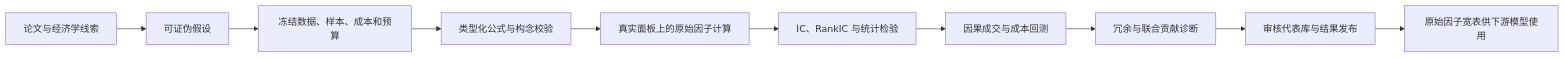
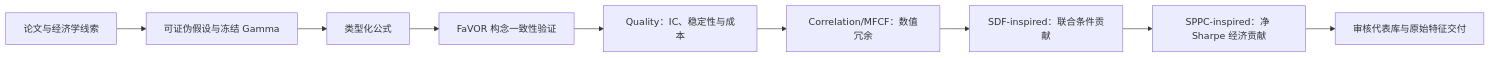
The diagram in README.md (ValerianHuan62/factor_miner), drawn with Mermaid before and after one commit. The commit also changed other lines of this file and 3 other files, not shown here.

````diff
--- a/README.md
+++ b/README.md
@@ -18,12 +19,11 @@
 ```mermaid
 flowchart LR
-    A[论文与经济学线索] --> B[可证伪假设]
-    B --> C[冻结数据、样本、成本和预算]
-    C --> D[类型化公式与构念校验]
-    D --> E[真实面板上的原始因子计算]
-    E --> F[IC、RankIC 与统计检验]
-    F --> G[因果成交与成本回测]
-    G --> H[冗余与联合贡献诊断]
-    H --> I[审核代表库与结果发布]
-    I --> J[原始因子宽表供下游模型使用]
+    A[论文与经济学线索] --> B[可证伪假设与冻结 Gamma]
+    B --> C[类型化公式]
+    C --> D[FaVOR 构念一致性验证]
+    D --> E[Quality：IC、稳定性与成本]
+    E --> F[Correlation/MFCF：数值冗余]
+    F --> G[SDF-inspired：联合条件贡献]
+    G --> H[SPPC-inspired：净 Sharpe 经济贡献]
+    H --> I[审核代表库与原始特征交付]
 ```
````
